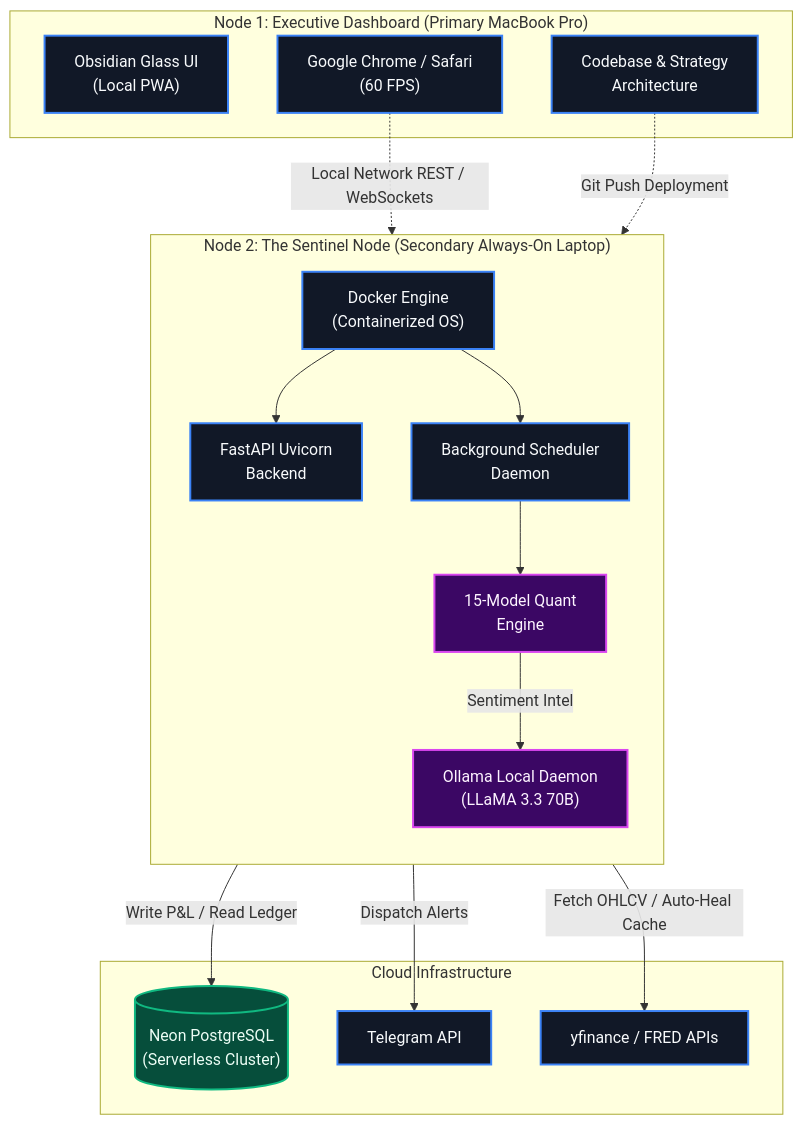
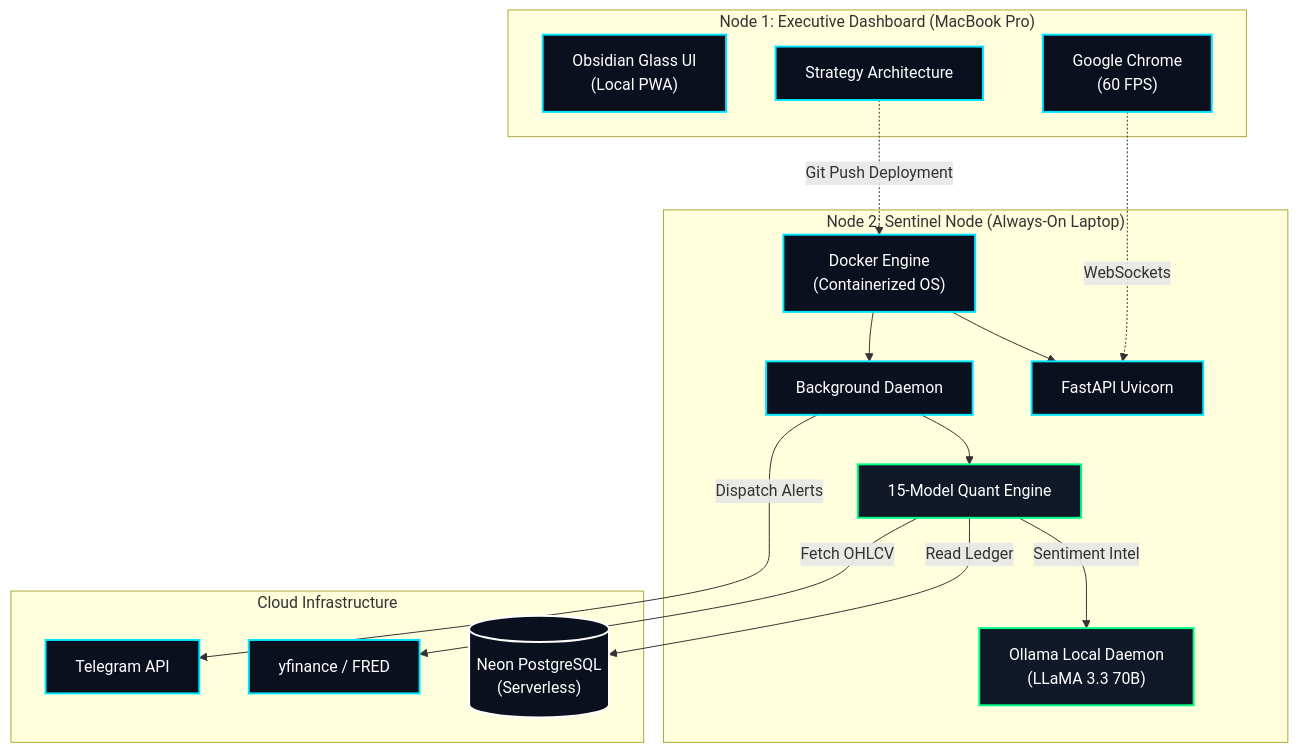
Before and after one commit to SaiSiddharthBS/MarketAnalyser: the second of 5 diagrams in README.md, drawn with Mermaid. The commit also changed other lines of this file, not shown here.

Commit message:
docs: Convert Mindmap to Graph LR, use HTML breaks, and match exact UI colors to fix clipping

````diff
--- a/README.md
+++ b/README.md
@@ -130,42 +136,41 @@
 ```mermaid
 graph TB
-    subgraph "Node 1: Executive Dashboard (Primary MacBook Pro)"
-        UI["Obsidian Glass UI\n(Local PWA)"]
-        Dev["Codebase & Strategy\nArchitecture"]
-        UI_Browser["Google Chrome / Safari\n(60 FPS)"]
+    subgraph "Node 1: Executive Dashboard (MacBook Pro)"
+        UI["Obsidian Glass UI<br/>(Local PWA)"]
+        Dev["Strategy Architecture"]
+        Browser["Google Chrome<br/>(60 FPS)"]
     end
 
-    subgraph "Node 2: The Sentinel Node (Secondary Always-On Laptop)"
-        direction TB
-        Docker["Docker Engine\n(Containerized OS)"]
-        FastAPI["FastAPI Uvicorn\nBackend"]
-        Ollama["Ollama Local Daemon\n(LLaMA 3.3 70B)"]
-        Cron["Background Scheduler\nDaemon"]
-        Quant["15-Model Quant\nEngine"]
+    subgraph "Node 2: Sentinel Node (Always-On Laptop)"
+        Docker["Docker Engine<br/>(Containerized OS)"]
+        FastAPI["FastAPI Uvicorn"]
+        Ollama["Ollama Local Daemon<br/>(LLaMA 3.3 70B)"]
+        Cron["Background Daemon"]
+        Quant["15-Model Quant Engine"]
         
         Docker --> FastAPI
         Docker --> Cron
         Cron --> Quant
         Quant -->|Sentiment Intel| Ollama
     end
 
     subgraph "Cloud Infrastructure"
-        DB[("Neon PostgreSQL\n(Serverless Cluster)")]
+        DB[("Neon PostgreSQL<br/>(Serverless)")]
         TG["Telegram API"]
-        Data["yfinance / FRED APIs"]
+        Data["yfinance / FRED"]
     end
 
-    UI_Browser -.->|Local Network REST / WebSockets| FastAPI
-    Quant -->|Write P&L / Read Ledger| DB
-    Quant -->|Fetch OHLCV / Auto-Heal Cache| Data
+    Browser -.->|WebSockets| FastAPI
+    Quant -->|Read Ledger| DB
+    Quant -->|Fetch OHLCV| Data
     Cron -->|Dispatch Alerts| TG
     Dev -.->|Git Push Deployment| Docker
 
-    classDef default fill:#111827,stroke:#3b82f6,stroke-width:2px,color:#f8fafc;
-    classDef highlight fill:#3b0764,stroke:#d946ef,stroke-width:2px,color:#fdf4ff;
-    classDef db fill:#064e3b,stroke:#10b981,stroke-width:2px,color:#ecfdf5;
+    classDef default fill:#0b101e,stroke:#00e5ff,stroke-width:2px,color:#ffffff;
+    classDef highlight fill:#111827,stroke:#00ff88,stroke-width:2px,color:#ffffff;
+    classDef db fill:#0b101e,stroke:#ffffff,stroke-width:2px,color:#ffffff;
     
-    class UI,Dev,UI_Browser,Docker,FastAPI,Cron,TG,Data default;
+    class UI,Dev,Browser,Docker,FastAPI,Cron,TG,Data default;
     class Quant,Ollama highlight;
     class DB db;
 ```
````
